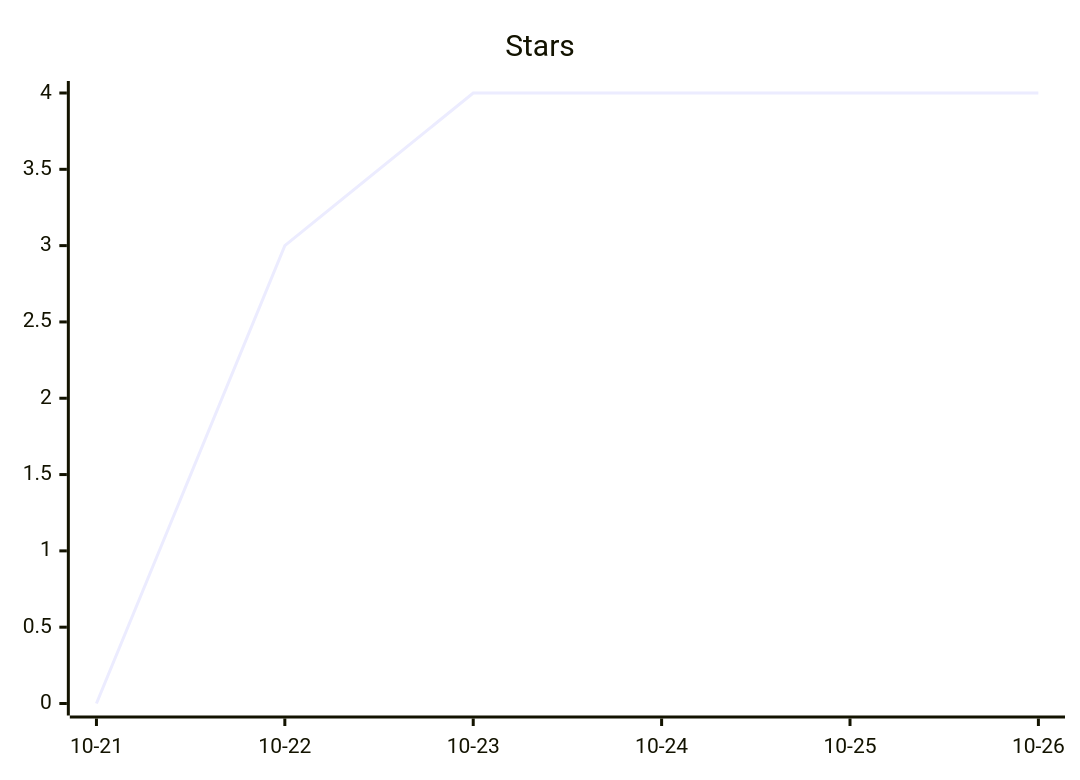
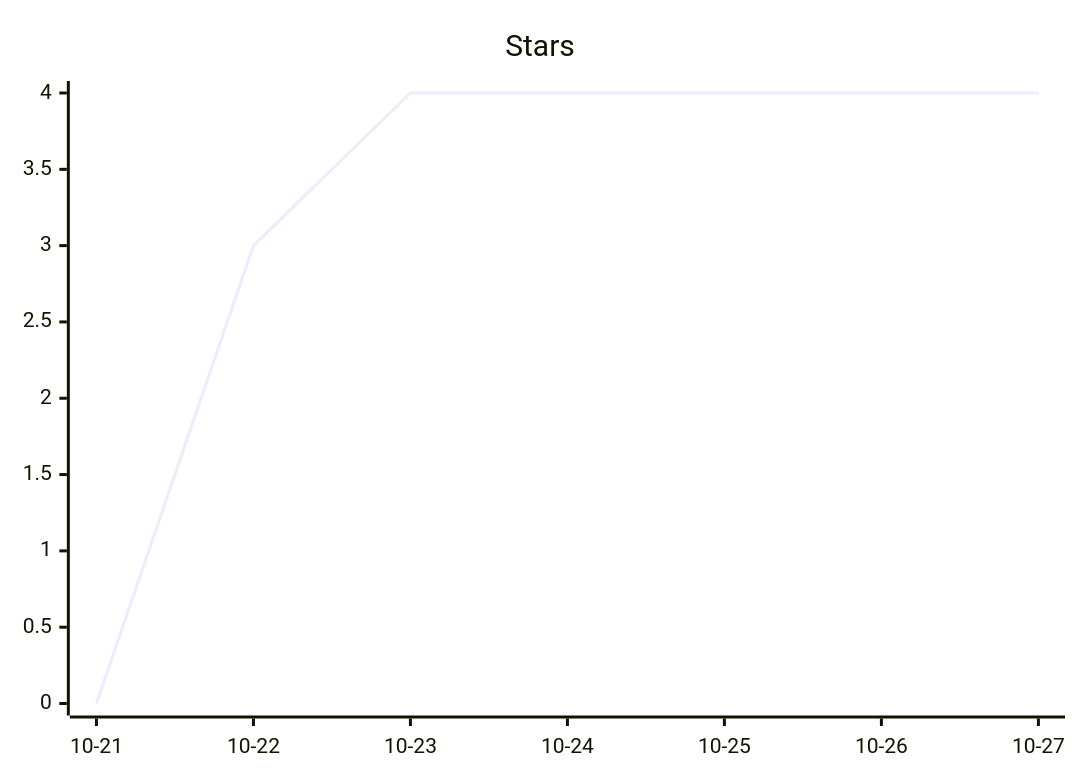
One commit to ArtemkaGoldMan/ContextSwitcher changed the second of 3 diagrams in README.md. Above: the diagram before and after it, drawn with Mermaid. The commit also changed other lines of this file and 6 other files, not shown here.

````diff
--- a/README.md
+++ b/README.md
@@ -43,6 +43,6 @@
 ```mermaid
 xychart-beta
     title "Stars"
-    x-axis ["10-21", "10-22", "10-23", "10-24", "10-25", "10-26"]
-    line [0, 3, 4, 4, 4, 4]
+    x-axis ["10-21", "10-22", "10-23", "10-24", "10-25", "10-26", "10-27"]
+    line [0, 3, 4, 4, 4, 4, 4]
 ```
````
